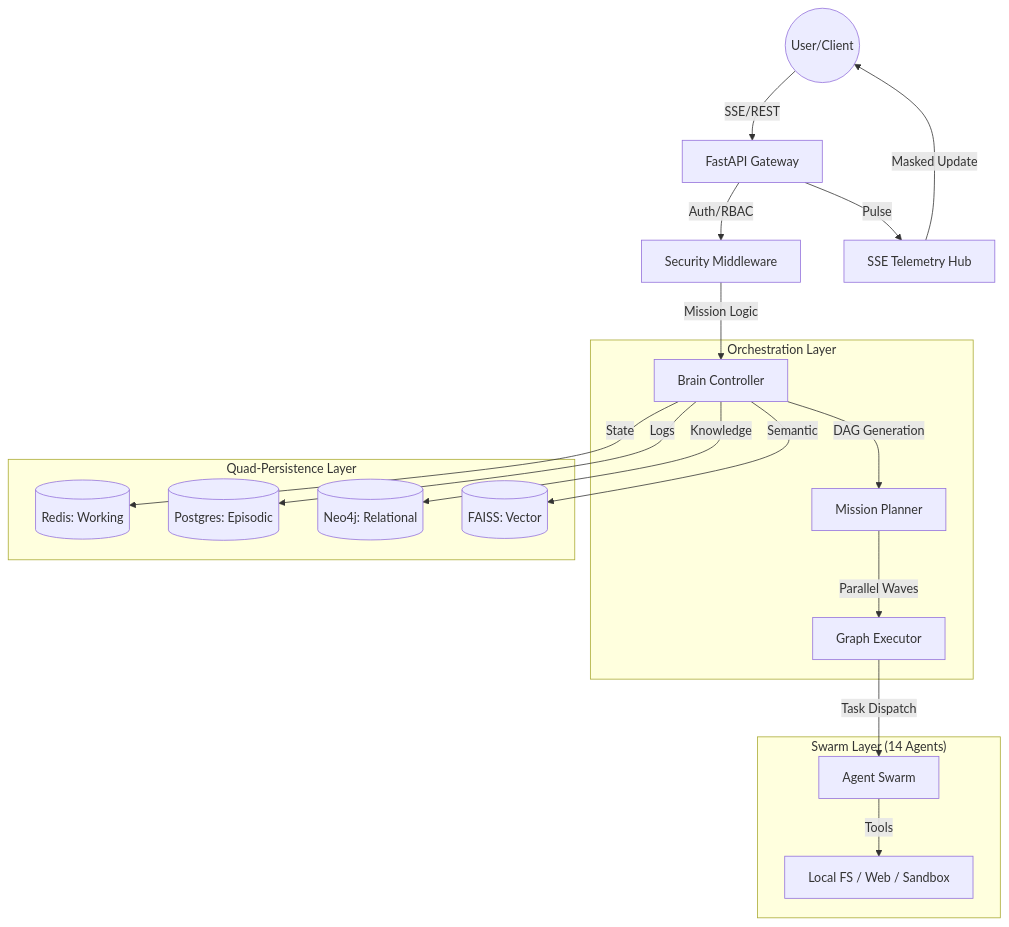
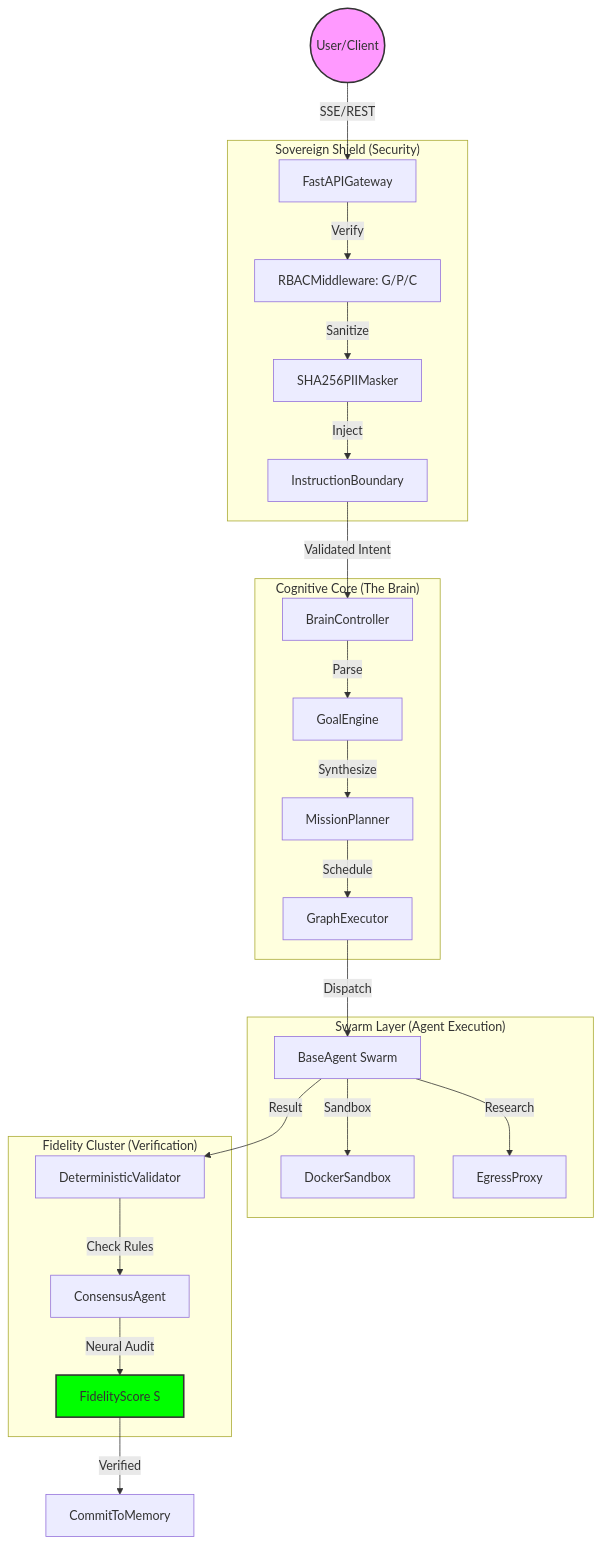
One commit to Blackdrg/levi-ai-innovate changed the first of 2 diagrams in README.md. Above: the diagram before and after it, drawn with Mermaid. The commit also changed other lines of this file, not shown here.

````diff
--- a/README.md
+++ b/README.md
@@ -61,26 +64,34 @@
 ```mermaid
 graph TD
-    User((User/Client)) -->|SSE/REST| Gateway[FastAPI Gateway]
-    Gateway -->|Auth/RBAC| Middleware[Security Middleware]
-    Middleware -->|Mission Logic| Brain[Brain Controller]
+    User((User/Client)) -->|SSE/REST| Gateway[FastAPIGateway]
     
-    subgraph "Orchestration Layer"
-        Brain -->|DAG Generation| Planner[Mission Planner]
-        Planner -->|Parallel Waves| Executor[Graph Executor]
+    subgraph "Sovereign Shield (Security)"
+        Gateway -->|Verify| RBAC[RBACMiddleware: G/P/C]
+        RBAC -->|Sanitize| Masker[SHA256PIIMasker]
+        Masker -->|Inject| Boundary[InstructionBoundary]
     end
     
-    subgraph "Swarm Layer (14 Agents)"
-        Executor -->|Task Dispatch| Agents[Agent Swarm]
-        Agents -->|Tools| LocalTools[Local FS / Web / Sandbox]
+    subgraph "Cognitive Core (The Brain)"
+        Boundary -->|Validated Intent| Brain[BrainController]
+        Brain -->|Parse| Goal[GoalEngine]
+        Goal -->|Synthesize| Planner[MissionPlanner]
+        Planner -->|Schedule| Executor[GraphExecutor]
     end
     
-    subgraph "Quad-Persistence Layer"
-        Brain -->|State| Redis[(Redis: Working)]
-        Brain -->|Logs| Postgres[(Postgres: Episodic)]
-        Brain -->|Knowledge| Neo4j[(Neo4j: Relational)]
-        Brain -->|Semantic| HNSW[(FAISS: Vector)]
+    subgraph "Swarm Layer (Agent Execution)"
+        Executor -->|Dispatch| Agents[BaseAgent Swarm]
+        Agents -->|Sandbox| Docker[DockerSandbox]
+        Agents -->|Research| Egress[EgressProxy]
     end
     
-    Gateway -->|Pulse| Telemetry[SSE Telemetry Hub]
-    Telemetry -->|Masked Update| User
+    subgraph "Fidelity Cluster (Verification)"
+        Agents -->|Result| Validator[DeterministicValidator]
+        Validator -->|Check Rules| Consensus[ConsensusAgent]
+        Consensus -->|Neural Audit| Fidelity[FidelityScore S]
+    end
+    
+    Fidelity -->|Verified| Commit[CommitToMemory]
+    
+    style User fill:#f9f,stroke:#333,stroke-width:2px
+    style Fidelity fill:#00ff00,stroke:#333,stroke-width:2px
 ```
````
